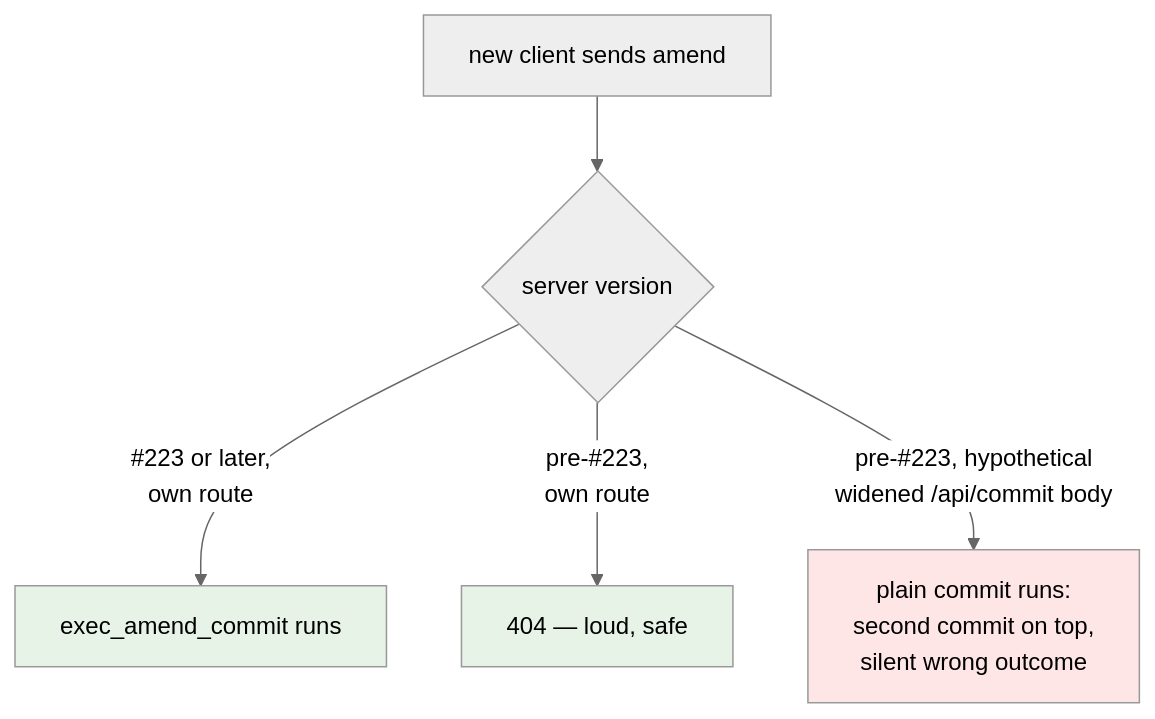
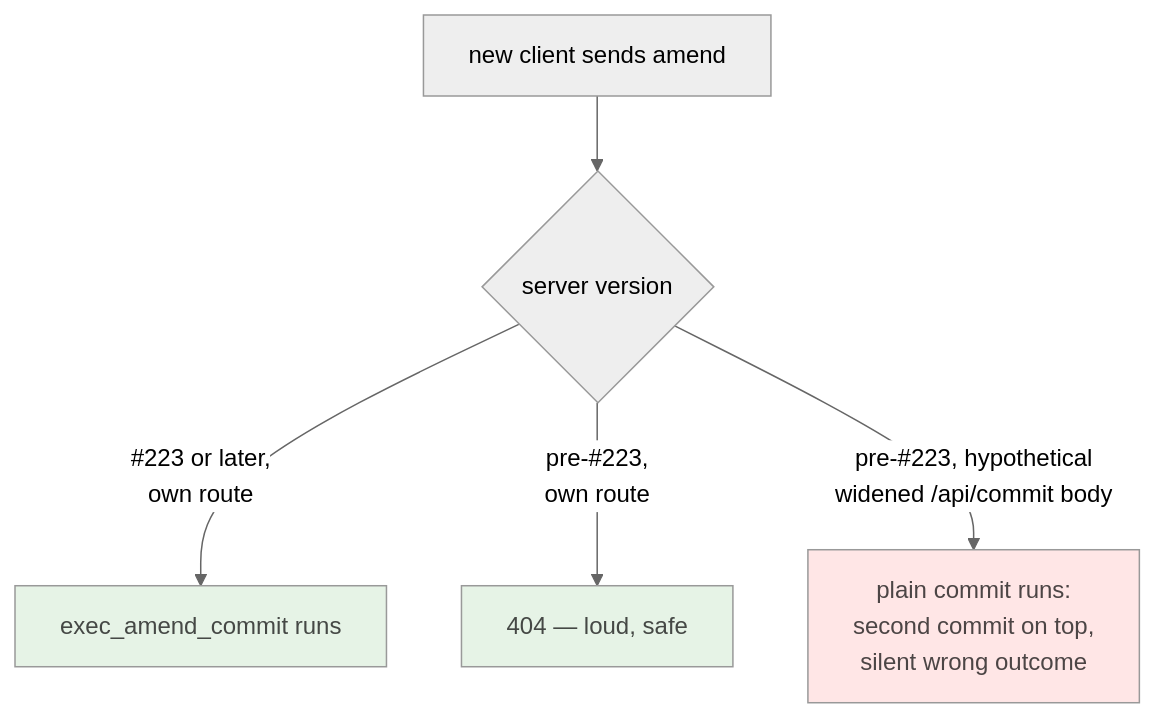
Before and after one commit to tom2025b/git-vista: the second of 7 diagrams in docs/adr/0040-amend-execution.md, drawn with Mermaid (neutral theme). The commit also changed other lines of this file and 21 other files, not shown here.

````diff
--- a/docs/adr/0040-amend-execution.md
+++ b/docs/adr/0040-amend-execution.md
@@ -72,10 +72,10 @@
 ```mermaid
 flowchart TD
     A["new client sends amend"] --> B{"server version"}
     B -->|"#223 or later,<br/>own route"| C["exec_amend_commit runs"]
     B -->|"pre-#223,<br/>own route"| D["404 — loud, safe"]
     B -->|"pre-#223, hypothetical<br/>widened /api/commit body"| E["plain commit runs:<br/>second commit on top,<br/>silent wrong outcome"]
-    style C fill:#e6f3e6
-    style D fill:#e6f3e6
-    style E fill:#ffe6e6
+    style C fill:#e6f3e6,color:#454845
+    style D fill:#e6f3e6,color:#454845
+    style E fill:#ffe6e6,color:#4c4545
 ```
````
